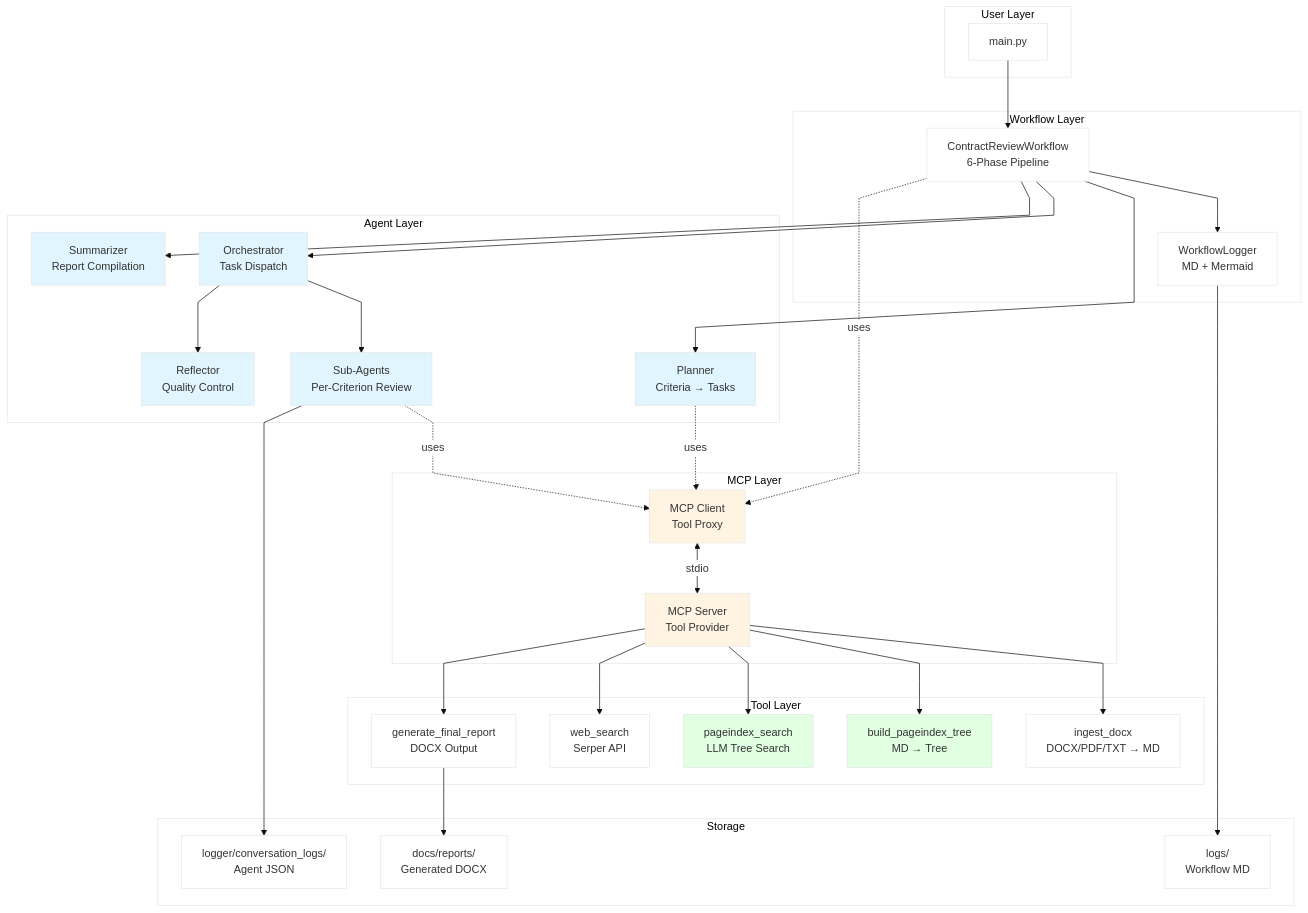
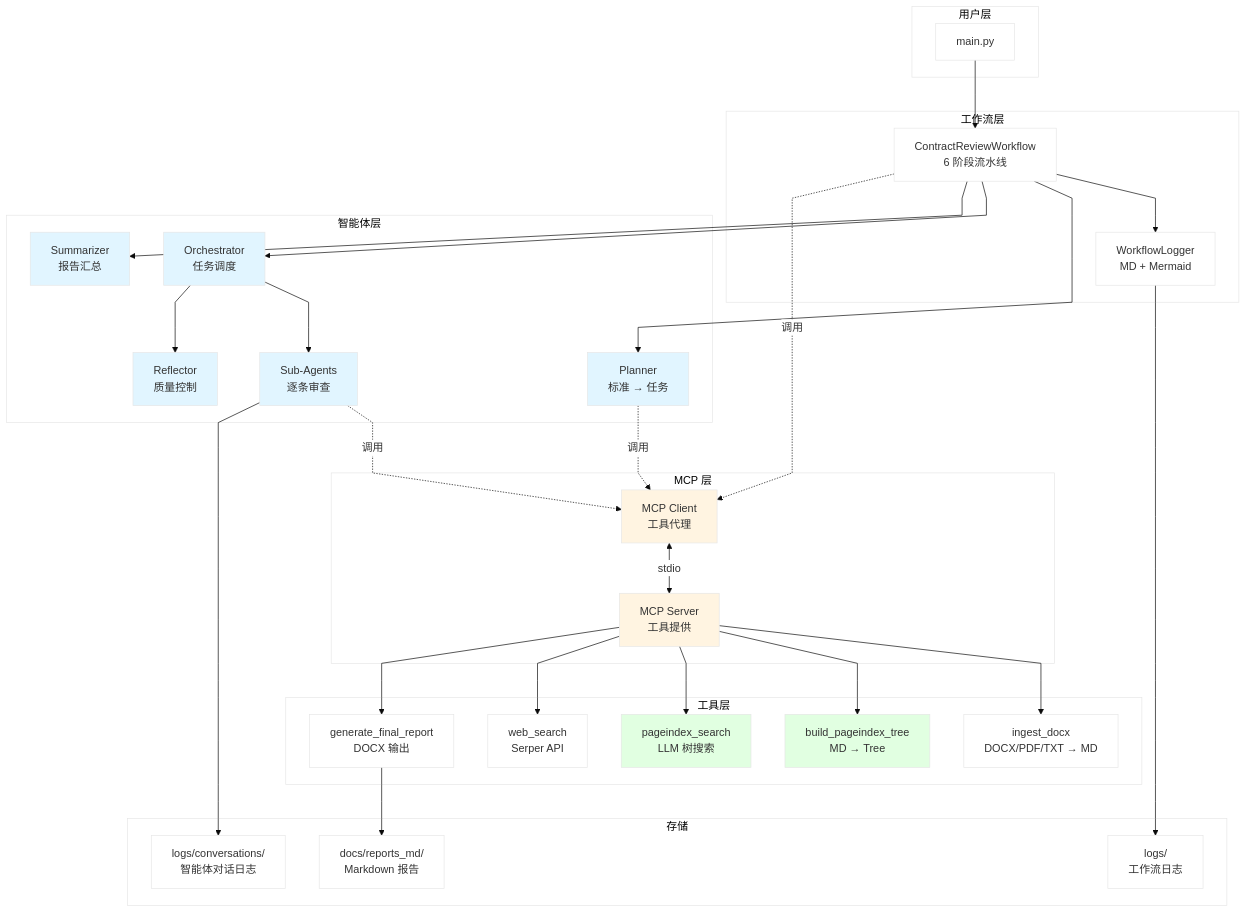
Before and after one commit to HoeTee/contract_agent: the first of 6 diagrams in project_intro/ARCHITECTURE.md, drawn with Mermaid. The commit also changed other lines of this file and 4571 other files, not shown here.

````diff
--- a/project_intro/ARCHITECTURE.md
+++ b/project_intro/ARCHITECTURE.md
@@ -7,73 +7,73 @@
 ```mermaid
 %%{init: {'theme':'base', 'themeVariables': {'primaryColor':'#fff'}, 'flowchart':{'curve':'linear'}}}%%
 graph TB
-    subgraph "User Layer"
+    subgraph "用户层"
         CLI[main.py]
     end
 
-    subgraph "Workflow Layer"
-        MainWorkflow["ContractReviewWorkflow<br/>6-Phase Pipeline"]
+    subgraph "工作流层"
+        MainWorkflow["ContractReviewWorkflow<br/>6 阶段流水线"]
         Logger["WorkflowLogger<br/>MD + Mermaid"]
     end
 
-    subgraph "Agent Layer"
-        Planner["Planner<br/>Criteria → Tasks"]
-        Orchestrator["Orchestrator<br/>Task Dispatch"]
-        SubAgents["Sub-Agents<br/>Per-Criterion Review"]
-        Reflector["Reflector<br/>Quality Control"]
-        Summarizer["Summarizer<br/>Report Compilation"]
+    subgraph "智能体层"
+        Planner["Planner<br/>标准 → 任务"]
+        Orchestrator["Orchestrator<br/>任务调度"]
+        SubAgents["Sub-Agents<br/>逐条审查"]
+        Reflector["Reflector<br/>质量控制"]
+        Summarizer["Summarizer<br/>报告汇总"]
     end
 
-    subgraph "MCP Layer"
-        MCPClient["MCP Client<br/>Tool Proxy"]
-        MCPServer["MCP Server<br/>Tool Provider"]
+    subgraph "MCP 层"
+        MCPClient["MCP Client<br/>工具代理"]
+        MCPServer["MCP Server<br/>工具提供"]
     end
 
-    subgraph "Tool Layer"
+    subgraph "工具层"
         FileParser["ingest_docx<br/>DOCX/PDF/TXT → MD"]
         TreeBuild["build_pageindex_tree<br/>MD → Tree"]
-        TreeSearch["pageindex_search<br/>LLM Tree Search"]
+        TreeSearch["pageindex_search<br/>LLM 树搜索"]
         WebSearch["web_search<br/>Serper API"]
-        ReportGen["generate_final_report<br/>DOCX Output"]
+        ReportGen["generate_final_report<br/>DOCX 输出"]
     end
 
-    subgraph "Storage"
-        Reports["docs/reports/<br/>Generated DOCX"]
-        Logs["logs/<br/>Workflow MD"]
-        ConvLogs["logger/conversation_logs/<br/>Agent JSON"]
+    subgraph "存储"
+        Reports["docs/reports_md/<br/>Markdown 报告"]
+        Logs["logs/<br/>工作流日志"]
+        ConvLogs["logs/conversations/<br/>智能体对话日志"]
     end
 
     CLI --> MainWorkflow
     MainWorkflow --> Logger
     MainWorkflow --> Planner
     MainWorkflow --> Orchestrator
     MainWorkflow --> Summarizer
     Orchestrator --> SubAgents
     Orchestrator --> Reflector
 
-    Planner -.uses.-> MCPClient
-    SubAgents -.uses.-> MCPClient
-    MainWorkflow -.uses.-> MCPClient
+    Planner -.调用.-> MCPClient
+    SubAgents -.调用.-> MCPClient
+    MainWorkflow -.调用.-> MCPClient
 
     MCPClient <-->|stdio| MCPServer
 
     MCPServer --> FileParser
     MCPServer --> TreeBuild
     MCPServer --> TreeSearch
     MCPServer --> WebSearch
     MCPServer --> ReportGen
 
     ReportGen --> Reports
     Logger --> Logs
     SubAgents --> ConvLogs
 
     style Planner fill:#e1f5ff
     style Orchestrator fill:#e1f5ff
     style SubAgents fill:#e1f5ff
     style Reflector fill:#e1f5ff
     style Summarizer fill:#e1f5ff
     style MCPClient fill:#fff4e1
     style MCPServer fill:#fff4e1
     style TreeBuild fill:#e1ffe1
     style TreeSearch fill:#e1ffe1
 ```
````
